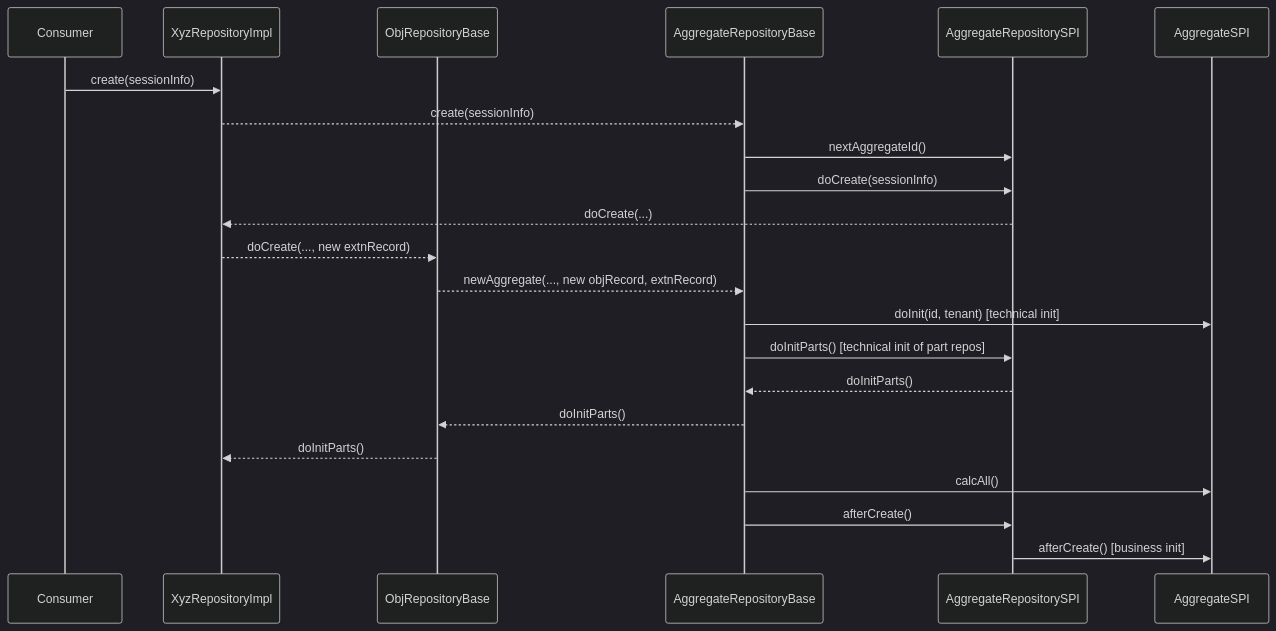
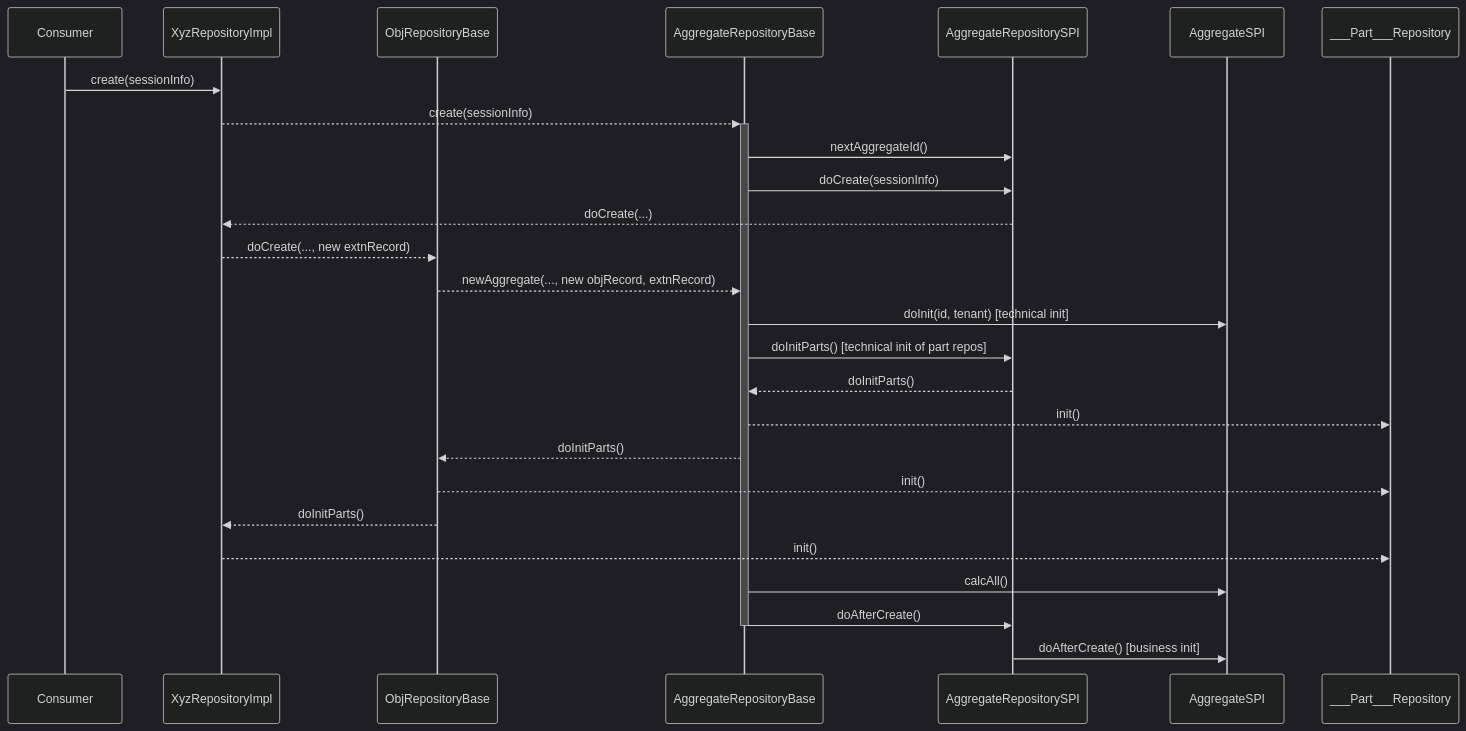
Before and after one commit to zeitwert/fm-server: the first of 4 diagrams in docs/DDD.md, drawn with Mermaid (dark theme). The commit also changed other lines of this file and 57 other files, not shown here.

````diff
--- a/docs/DDD.md
+++ b/docs/DDD.md
@@ -7,24 +7,28 @@
 ```mermaid
 sequenceDiagram
 	participant C as Consumer
 	participant ER as XyzRepositoryImpl
 	participant OR as ObjRepositoryBase
 	participant AR as AggregateRepositoryBase
 	participant ARS as AggregateRepositorySPI
 	participant A as AggregateSPI
+	participant PR as ___Part___Repository
 	C->>ER: create(sessionInfo)
-	ER-->>AR: create(sessionInfo)
+	ER-->>+AR: create(sessionInfo)
 	AR->>ARS: nextAggregateId()
 	AR->>ARS: doCreate(sessionInfo)
 	ARS-->>ER: doCreate(...)
 	ER-->>OR: doCreate(..., new extnRecord)
 	OR-->>AR: newAggregate(..., new objRecord, extnRecord)
 	AR->>A: doInit(id, tenant) [technical init]
 	AR->>ARS: doInitParts() [technical init of part repos]
 	ARS-->>AR: doInitParts()
+	AR-->>PR: init()
 	AR-->>OR: doInitParts()
+	OR-->>PR: init()
 	OR-->>ER: doInitParts()
+	ER-->>PR: init()
 	AR->>A: calcAll()
-	AR->>ARS: afterCreate()
-	ARS->>A: afterCreate() [business init]
+	AR->>-ARS: doAfterCreate()
+	ARS->>A: doAfterCreate() [business init]
 ```
````
